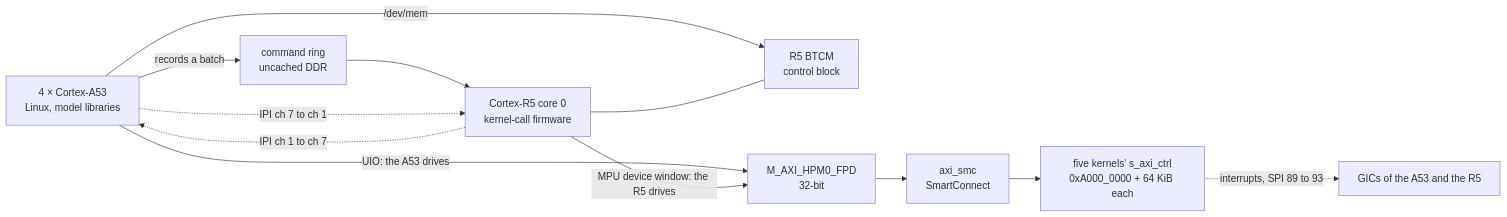
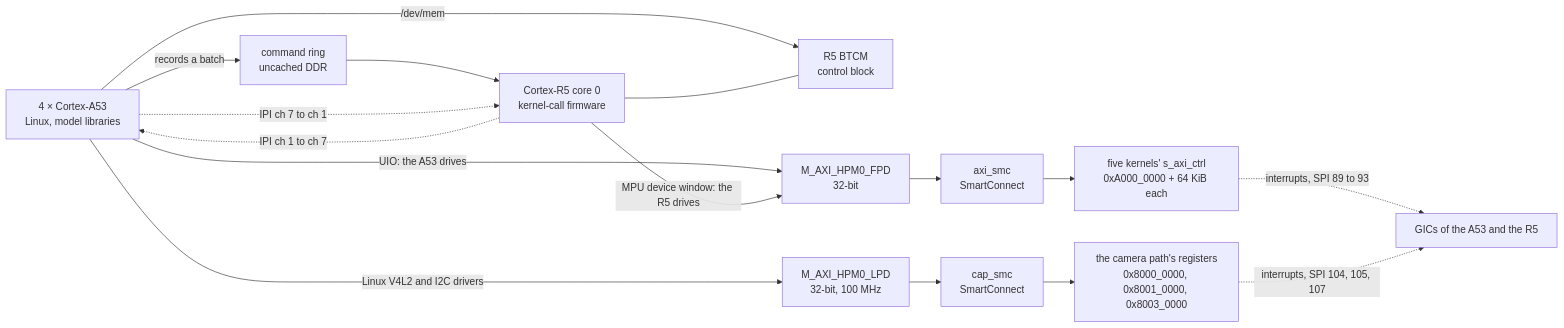
One commit to phoenix367/cormorant changed the second of 8 diagrams in doc/ARCHITECTURE.md. Above: the diagram before and after it, drawn with Mermaid. The commit also changed other lines of this file and 2 other files, not shown here.

````diff
--- a/doc/ARCHITECTURE.md
+++ b/doc/ARCHITECTURE.md
@@ -171,21 +189,27 @@
 ```mermaid
 flowchart LR
   A53["4 × Cortex-A53<br/>Linux, model libraries"]
   R5["Cortex-R5 core 0<br/>kernel-call firmware"]
   TCM["R5 BTCM<br/>control block"]
   RING["command ring<br/>uncached DDR"]
   HPM0["M_AXI_HPM0_FPD<br/>32-bit"]
   SMC["axi_smc<br/>SmartConnect"]
   K["five kernels' s_axi_ctrl<br/>0xA000_0000 + 64 KiB each"]
   GIC["GICs of the A53 and the R5"]
+  HPML["M_AXI_HPM0_LPD<br/>32-bit, 100 MHz"]
+  CSMC["cap_smc<br/>SmartConnect"]
+  CAPR["the camera path's registers<br/>0x8000_0000, 0x8001_0000, 0x8003_0000"]
   A53 -->|"UIO: the A53 drives"| HPM0
   R5 -->|"MPU device window: the R5 drives"| HPM0
   HPM0 --> SMC --> K
   K -.->|"interrupts, SPI 89 to 93"| GIC
+  A53 -->|"Linux V4L2 and I2C drivers"| HPML
+  HPML --> CSMC --> CAPR
+  CAPR -.->|"interrupts, SPI 104, 105, 107"| GIC
   A53 -->|"records a batch"| RING
   RING --> R5
   A53 -->|"/dev/mem"| TCM
   R5 --- TCM
   A53 -.->|"IPI ch 7 to ch 1"| R5
   R5 -.->|"IPI ch 1 to ch 7"| A53
 ```
````
